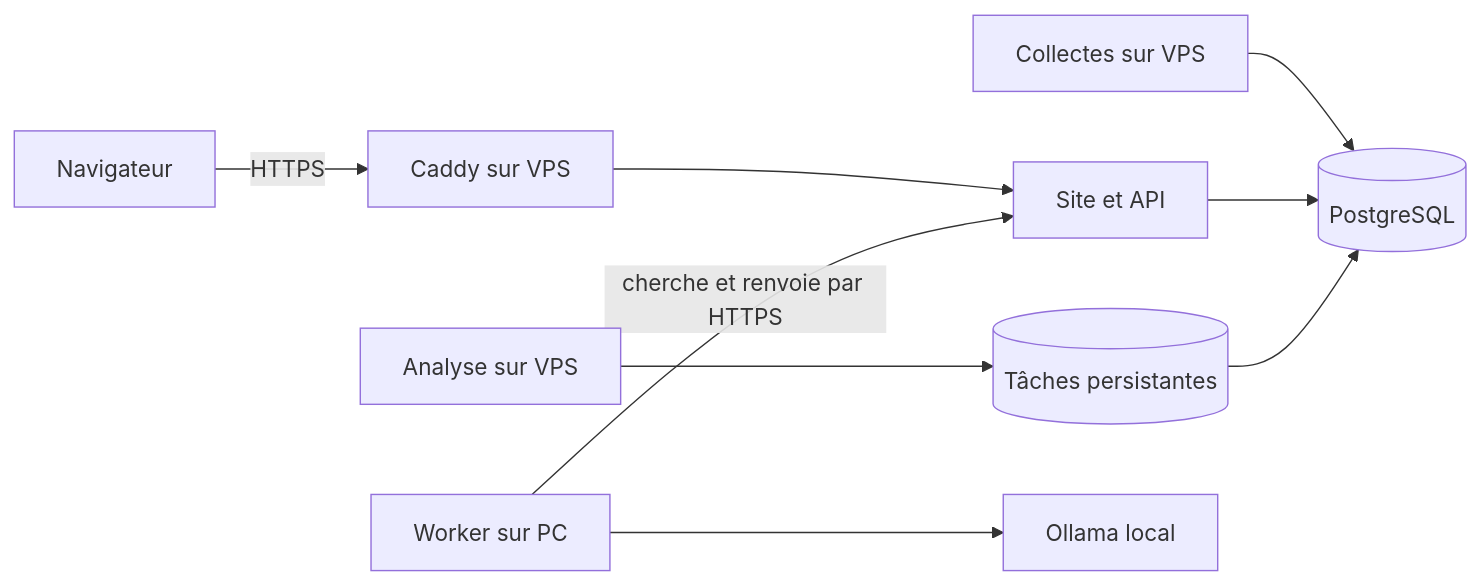
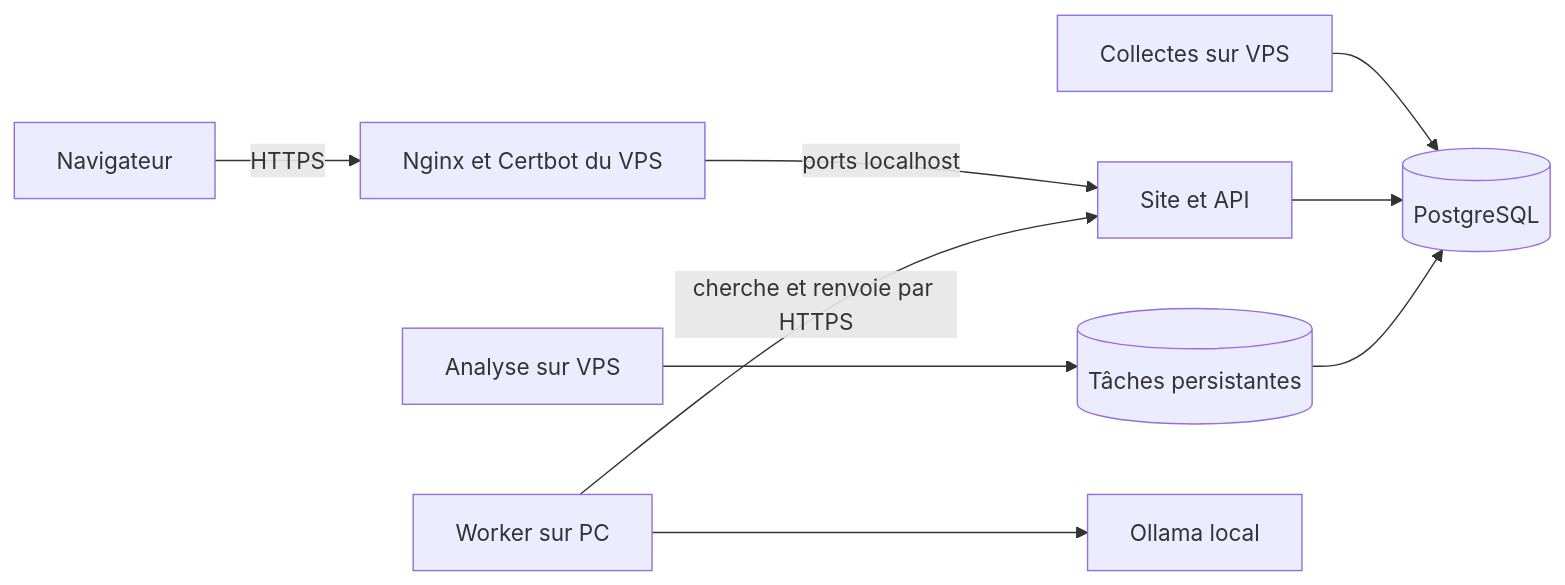
One commit to BouchardMehdi/IA-Bloomberg changed the diagram in docs/HYBRID_DEPLOYMENT.md. Above: the diagram before and after it, drawn with Mermaid. The commit also changed other lines of this file and 19 other files, not shown here.

````diff
--- a/docs/HYBRID_DEPLOYMENT.md
+++ b/docs/HYBRID_DEPLOYMENT.md
@@ -9,11 +13,11 @@
 ```mermaid
 flowchart LR
-  Browser[Navigateur] -->|HTTPS| Caddy[Caddy sur VPS]
-  Caddy --> Site[Site et API]
+  Browser[Navigateur] -->|HTTPS| Nginx[Nginx et Certbot du VPS]
+  Nginx -->|ports localhost| Site[Site et API]
   Collect[Collectes sur VPS] --> DB[(PostgreSQL)]
   Site --> DB
   Scheduler[Analyse sur VPS] --> Queue[(Tâches persistantes)]
   Queue --> DB
   PC[Worker sur PC] -->|cherche et renvoie par HTTPS| Site
   PC --> Ollama[Ollama local]
 ```
````
